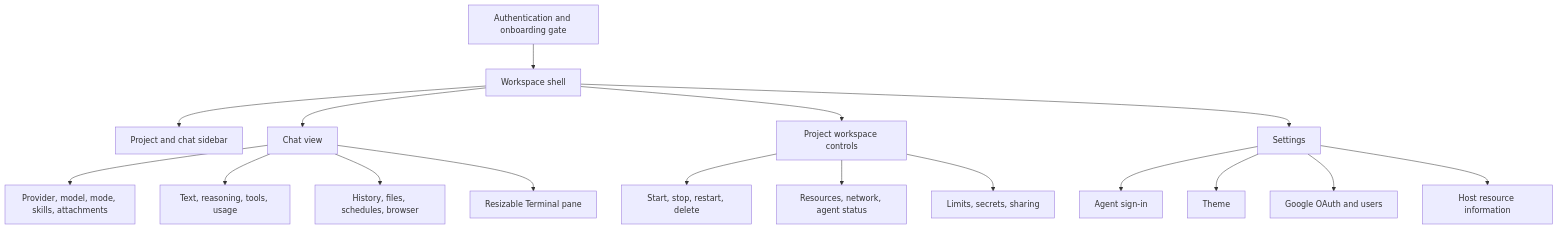
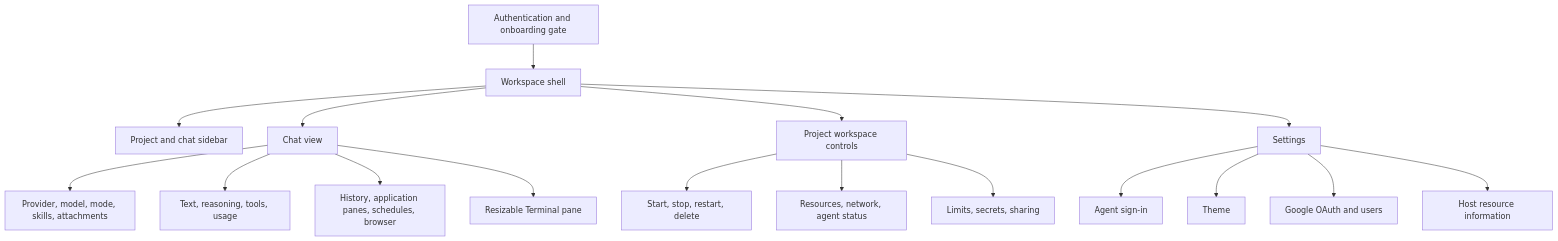
One commit to futrx-com/remote.futrx changed the second of 3 diagrams in docs/01-overview/01-system-overview.md. Above: the diagram before and after it, drawn with Mermaid. The commit also changed other lines of this file and 34 other files, not shown here.

````diff
--- a/docs/01-overview/01-system-overview.md
+++ b/docs/01-overview/01-system-overview.md
@@ -52,22 +52,22 @@
 ```mermaid
 flowchart TD
     Gate["Authentication and onboarding gate"] --> Shell["Workspace shell"]
     Shell --> Sidebar["Project and chat sidebar"]
     Shell --> Chat["Chat view"]
     Shell --> Projects["Project workspace controls"]
     Shell --> Settings["Settings"]
 
     Chat --> Composer["Provider, model, mode, skills, attachments"]
     Chat --> Messages["Text, reasoning, tools, usage"]
-    Chat --> Drawers["History, files, schedules, browser"]
+    Chat --> Drawers["History, application panes, schedules, browser"]
     Chat --> Terminal["Resizable Terminal pane"]
 
     Projects --> Lifecycle["Start, stop, restart, delete"]
     Projects --> Inspect["Resources, network, agent status"]
     Projects --> Manage["Limits, secrets, sharing"]
 
     Settings --> Agents["Agent sign-in"]
     Settings --> Appearance["Theme"]
     Settings --> Users["Google OAuth and users"]
     Settings --> Server["Host resource information"]
 ```
````
